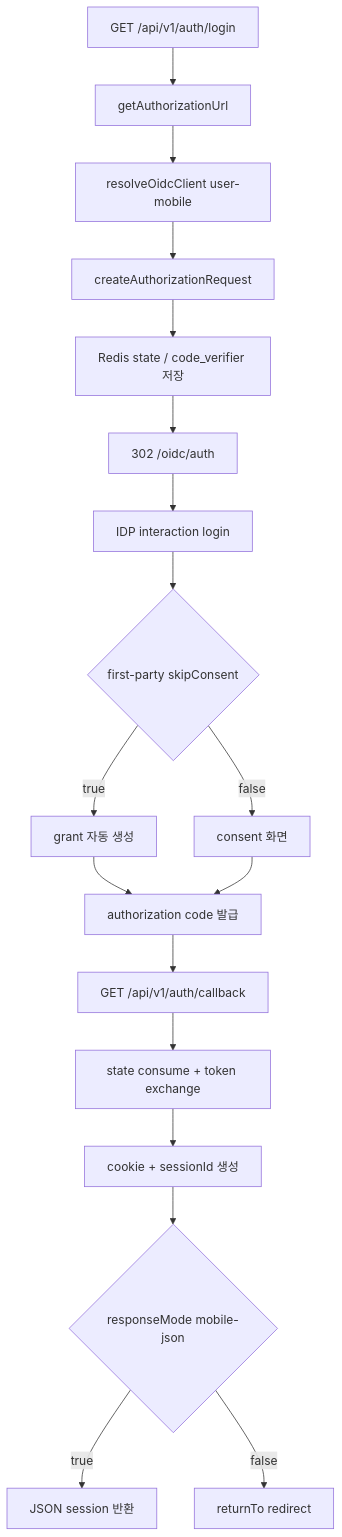
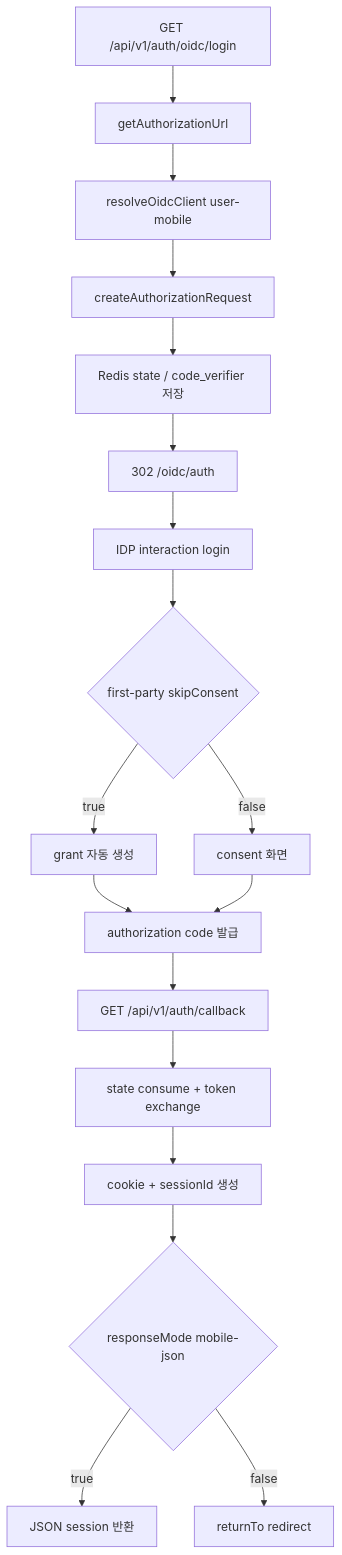
The third of 4 diagrams in docs/mobile-oidc-flow.guide.md (kimjoongwon/prj-core), drawn with Mermaid before and after one commit. The commit also changed other lines of this file and 51 other files, not shown here.

````diff
--- a/docs/mobile-oidc-flow.guide.md
+++ b/docs/mobile-oidc-flow.guide.md
@@ -311,20 +311,20 @@
 ```mermaid
 flowchart TD
-  Login["GET /api/v1/auth/login"] --> AuthUrl["getAuthorizationUrl"]
+  Login["GET /api/v1/auth/oidc/login"] --> AuthUrl["getAuthorizationUrl"]
   AuthUrl --> Client["resolveOidcClient user-mobile"]
   Client --> Request["createAuthorizationRequest"]
   Request --> State["Redis state / code_verifier 저장"]
   State --> Redirect["302 /oidc/auth"]
   Redirect --> Interaction["IDP interaction login"]
   Interaction --> Consent{"first-party skipConsent"}
   Consent -->|true| Grant["grant 자동 생성"]
   Consent -->|false| ConsentPage["consent 화면"]
   Grant --> Code["authorization code 발급"]
   ConsentPage --> Code
   Code --> Callback["GET /api/v1/auth/callback"]
   Callback --> Exchange["state consume + token exchange"]
   Exchange --> Session["cookie + sessionId 생성"]
   Session --> Response{"responseMode mobile-json"}
   Response -->|true| Json["JSON session 반환"]
   Response -->|false| ReturnTo["returnTo redirect"]
 ```
````
